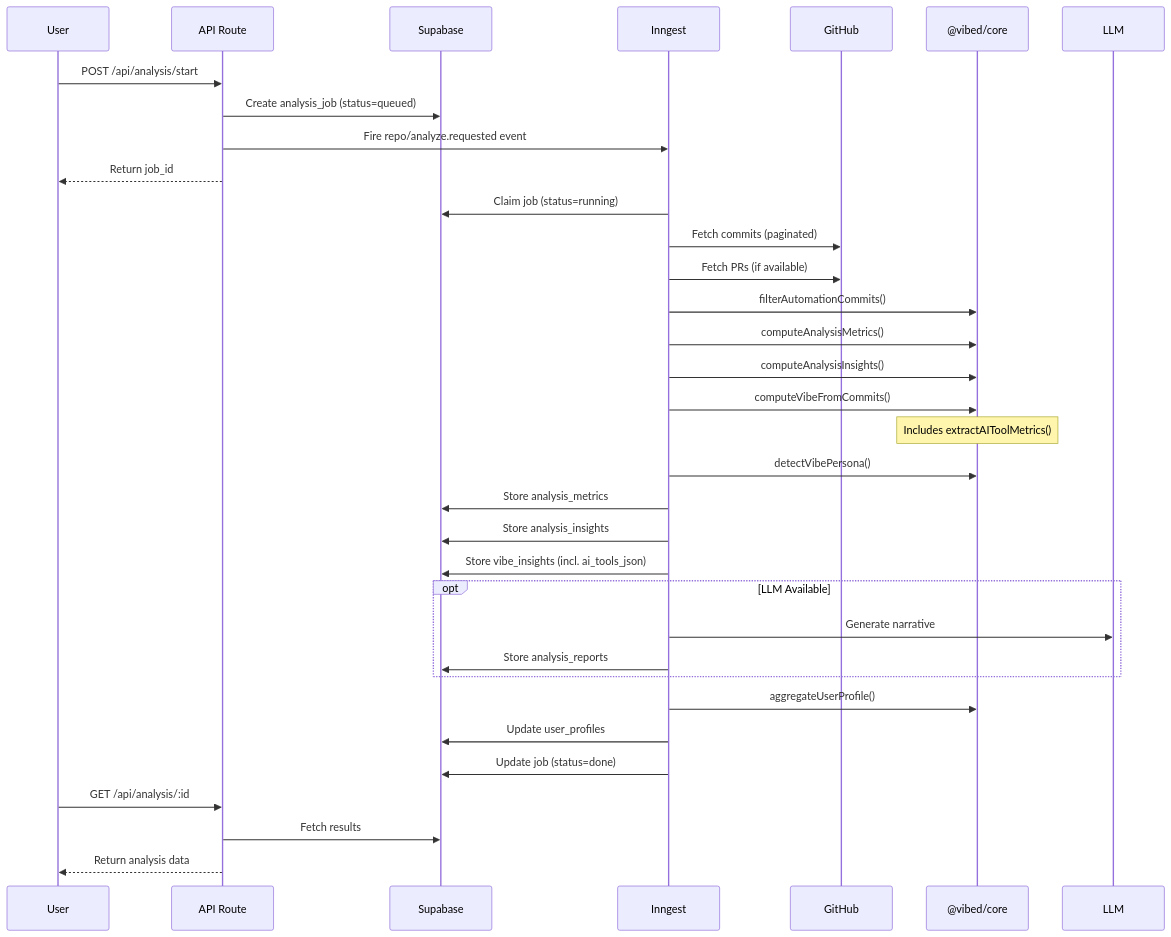
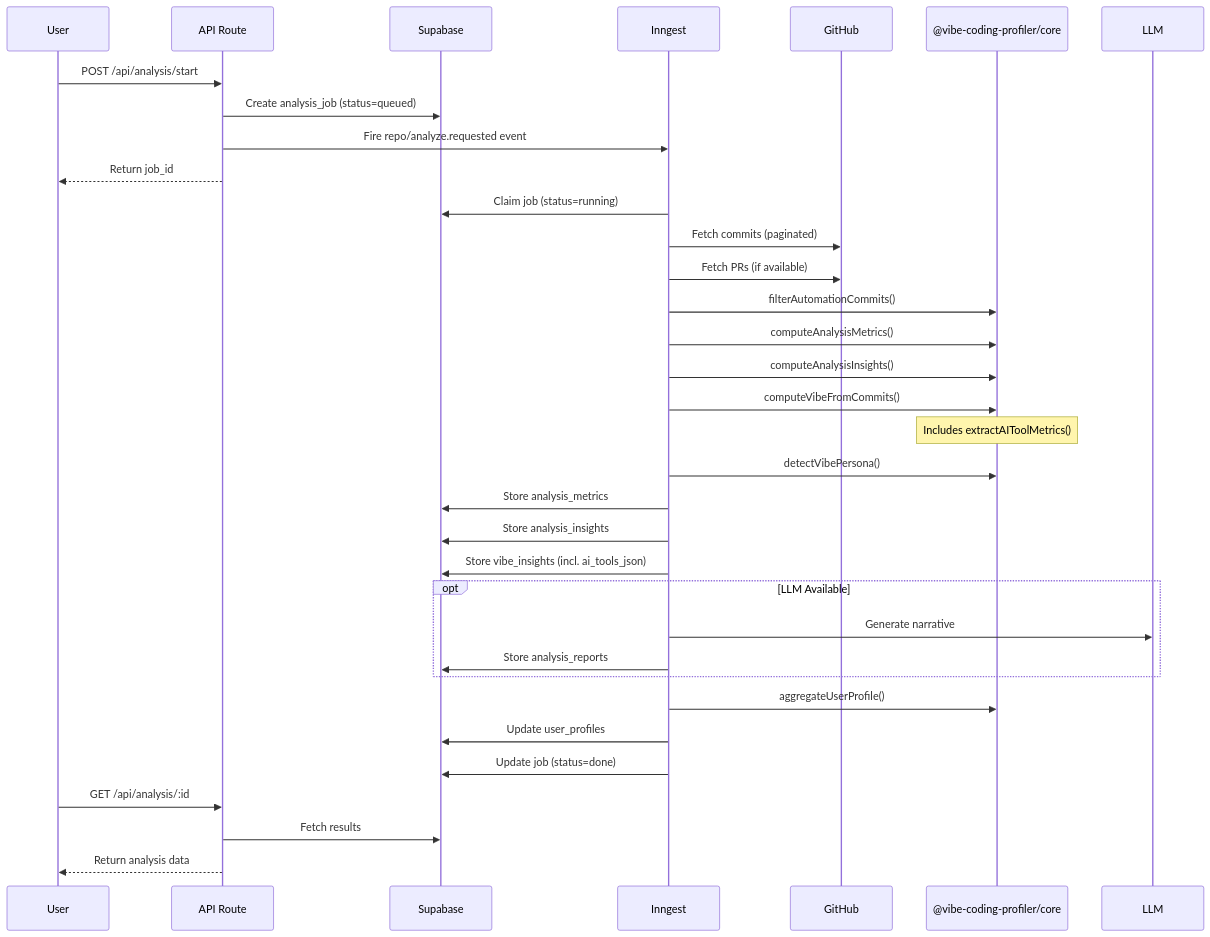
Before and after one commit to devakone/vibe-coding-profiler: the second of 9 diagrams in docs/architecture/vibed-analysis-pipeline.md, drawn with Mermaid. The commit also changed other lines of this file and 59 other files, not shown here.

First line of the commit message:
refactor: rename @vibed scope to @vibe-coding-profiler

````diff
--- a/docs/architecture/vibed-analysis-pipeline.md
+++ b/docs/architecture/vibed-analysis-pipeline.md
@@ -84,43 +84,43 @@
 ```mermaid
 sequenceDiagram
     participant User
     participant API as API Route
     participant DB as Supabase
     participant Inngest
     participant GitHub
-    participant Core as @vibed/core
+    participant Core as @vibe-coding-profiler/core
     participant LLM
 
     User->>API: POST /api/analysis/start
     API->>DB: Create analysis_job (status=queued)
     API->>Inngest: Fire repo/analyze.requested event
     API-->>User: Return job_id
 
     Inngest->>DB: Claim job (status=running)
     Inngest->>GitHub: Fetch commits (paginated)
     Inngest->>GitHub: Fetch PRs (if available)
     
     Inngest->>Core: filterAutomationCommits()
     Inngest->>Core: computeAnalysisMetrics()
     Inngest->>Core: computeAnalysisInsights()
     Inngest->>Core: computeVibeFromCommits()
     Note over Core: Includes extractAIToolMetrics()
     Inngest->>Core: detectVibePersona()
 
     Inngest->>DB: Store analysis_metrics
     Inngest->>DB: Store analysis_insights
     Inngest->>DB: Store vibe_insights (incl. ai_tools_json)
     
     opt LLM Available
         Inngest->>LLM: Generate narrative
         Inngest->>DB: Store analysis_reports
     end
     
     Inngest->>Core: aggregateUserProfile()
     Inngest->>DB: Update user_profiles
     Inngest->>DB: Update job (status=done)
     
     User->>API: GET /api/analysis/:id
     API->>DB: Fetch results
     API-->>User: Return analysis data
 ```
````
